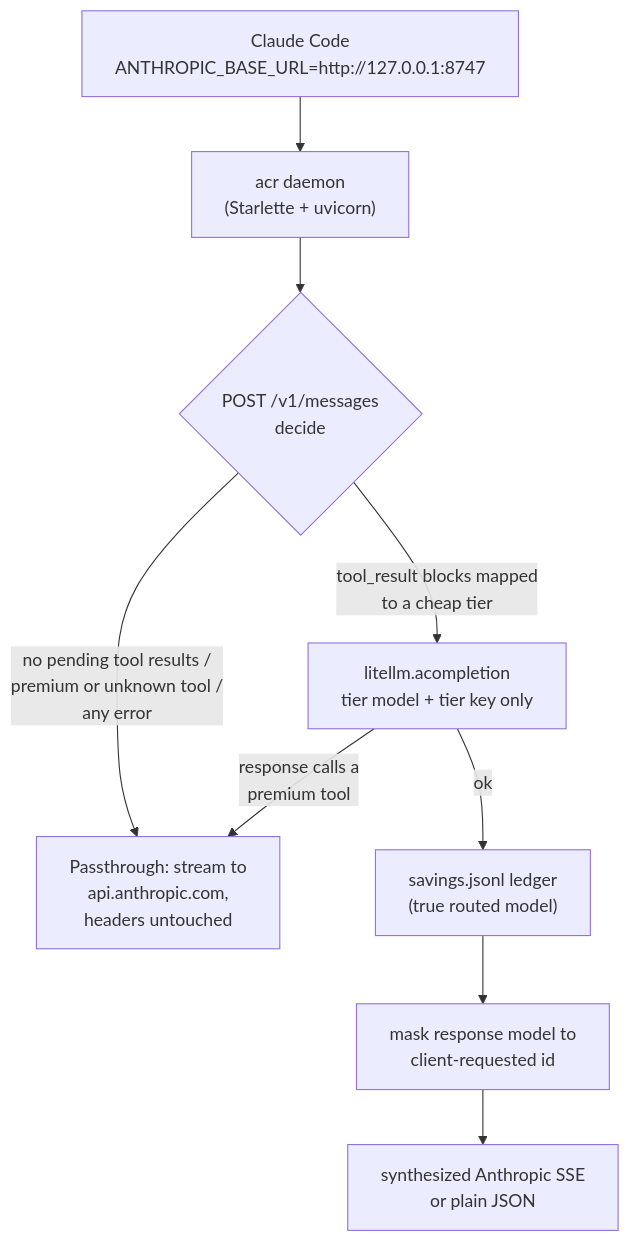
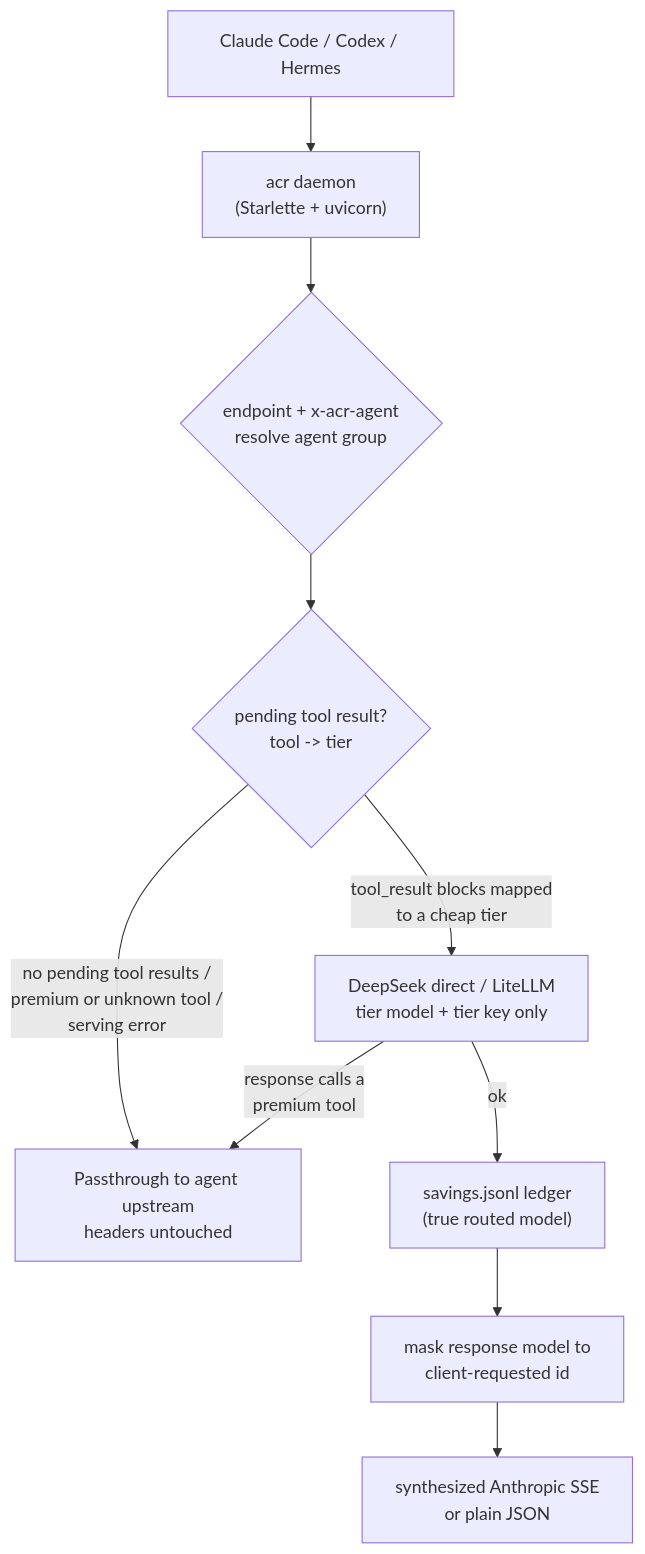
One commit to MaheshKok/ai-calls-router changed the diagram in README.md. Above: the diagram before and after it, drawn with Mermaid. The commit also changed other lines of this file and 8 other files, not shown here.

````diff
--- a/README.md
+++ b/README.md
@@ -26,11 +27,12 @@
 ```mermaid
 flowchart TD
-    CC["Claude Code<br/>ANTHROPIC_BASE_URL=http://127.0.0.1:8747"] --> SRV["acr daemon<br/>(Starlette + uvicorn)"]
-    SRV --> DEC{"POST /v1/messages<br/>decide"}
-    DEC -- "no pending tool results /<br/>premium or unknown tool /<br/>any error" --> PASS["Passthrough: stream to<br/>api.anthropic.com,<br/>headers untouched"]
-    DEC -- "tool_result blocks mapped<br/>to a cheap tier" --> ROUTE["litellm.acompletion<br/>tier model + tier key only"]
+    CLIENT["Claude Code / Codex / Hermes"] --> SRV["acr daemon<br/>(Starlette + uvicorn)"]
+    SRV --> ID{"endpoint + x-acr-agent<br/>resolve agent group"}
+    ID --> DEC{"pending tool result?<br/>tool -> tier"}
+    DEC -- "no pending tool results /<br/>premium or unknown tool /<br/>serving error" --> PASS["Passthrough to agent upstream<br/>headers untouched"]
+    DEC -- "tool_result blocks mapped<br/>to a cheap tier" --> ROUTE["DeepSeek direct / LiteLLM<br/>tier model + tier key only"]
     ROUTE -- "response calls a<br/>premium tool" --> PASS
     ROUTE -- ok --> ACCT["savings.jsonl ledger<br/>(true routed model)"]
     ACCT --> MASK["mask response model to<br/>client-requested id"]
     MASK --> OUT["synthesized Anthropic SSE<br/>or plain JSON"]
 ```
````
